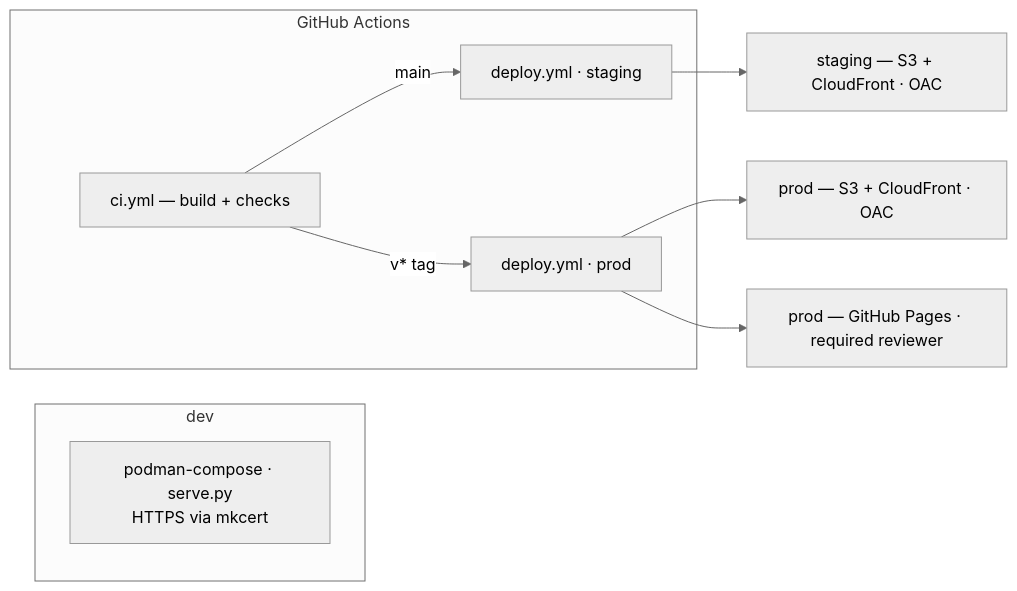
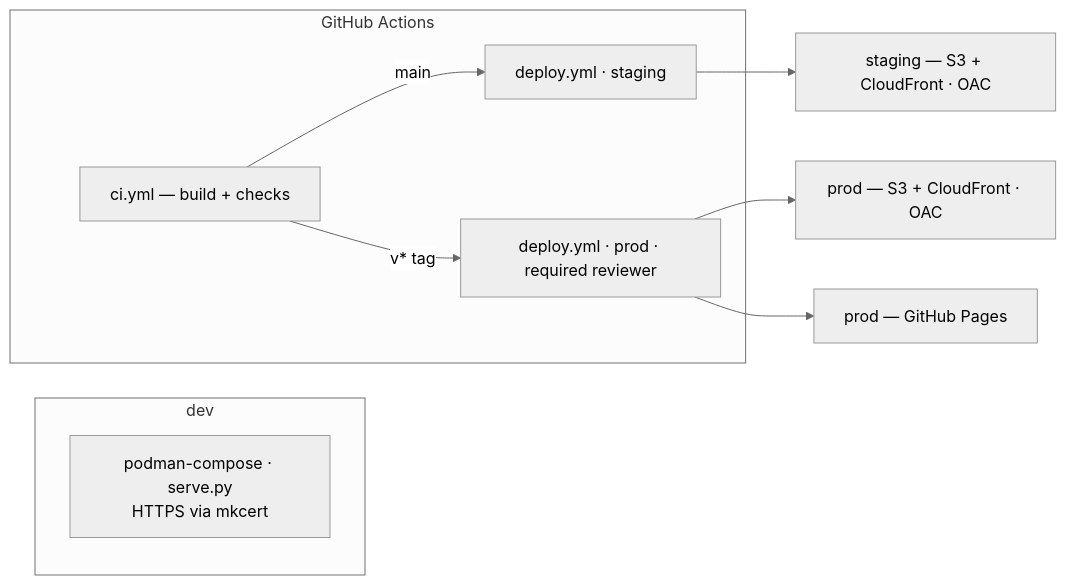
Before and after one commit to mathewmusango/my-portfolio: the first of 4 diagrams in README.md, drawn with Mermaid (neutral theme). The commit also changed other lines of this file and 10 other files, not shown here.

````diff
--- a/README.md
+++ b/README.md
@@ -43,13 +43,13 @@
 ```mermaid
 flowchart LR
     subgraph Local[dev]
         DEV[podman-compose · serve.py<br/>HTTPS via mkcert]
     end
     subgraph GHA[GitHub Actions]
         B[ci.yml — build + checks] -->|main| DS[deploy.yml · staging]
-        B -->|v* tag| DP[deploy.yml · prod]
+        B -->|v* tag| DP[deploy.yml · prod · required reviewer]
     end
     DS --> STG[staging — S3 + CloudFront · OAC]
     DP --> PAWS[prod — S3 + CloudFront · OAC]
-    DP --> PPAGES[prod — GitHub Pages · required reviewer]
+    DP --> PPAGES[prod — GitHub Pages]
 ```
````
